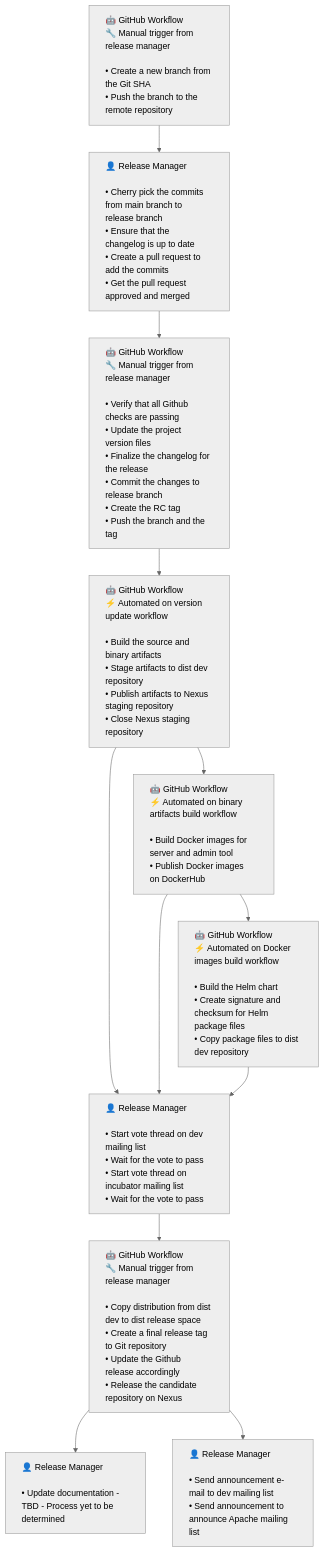
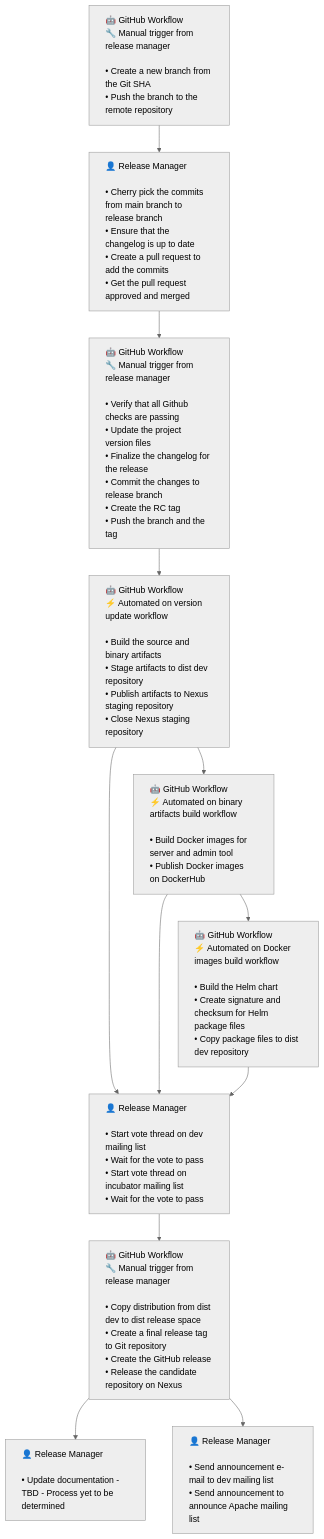
The diagram in releasey/release-process-flowchart.mmd (apache/polaris), drawn with Mermaid (neutral theme) before and after one commit. The commit also changed 3 other files, not shown here.

Commit message:
Only create the Github release after the vote passes

```diff
--- a/releasey/release-process-flowchart.mmd
+++ b/releasey/release-process-flowchart.mmd
@@ -1,29 +1,29 @@
 flowchart TD
     B["🤖 GitHub Workflow<br/>🔧 Manual trigger from release manager<br/><br/>• Create a new branch from the Git SHA<br/>• Push the branch to the remote repository"]
 
     B --> C["👤 Release Manager<br/><br/>• Cherry pick the commits from main branch to release branch<br/>• Ensure that the changelog is up to date<br/>• Create a pull request to add the commits<br/>• Get the pull request approved and merged"]
 
     C --> D["🤖 GitHub Workflow<br/>🔧 Manual trigger from release manager<br/><br/>• Verify that all Github checks are passing<br/>• Update the project version files<br/>• Finalize the changelog for the release<br/>• Commit the changes to release branch<br/>• Create the RC tag<br/>• Push the branch and the tag"]
 
     D --> E["🤖 GitHub Workflow<br/>⚡ Automated on version update workflow<br/><br/>• Build the source and binary artifacts<br/>• Stage artifacts to dist dev repository<br/>• Publish artifacts to Nexus staging repository<br/>• Close Nexus staging repository"]
 
     E --> F["🤖 GitHub Workflow<br/>⚡ Automated on binary artifacts build workflow<br/><br/>• Build Docker images for server and admin tool<br/>• Publish Docker images on DockerHub"]
 
     F --> G["🤖 GitHub Workflow<br/>⚡ Automated on Docker images build workflow<br/><br/>• Build the Helm chart<br/>• Create signature and checksum for Helm package files<br/>• Copy package files to dist dev repository"]
 
     E --> H["👤 Release Manager<br/><br/>• Start vote thread on dev mailing list<br/>• Wait for the vote to pass<br/>• Start vote thread on incubator mailing list<br/>• Wait for the vote to pass"]
 
     F --> H
     G --> H
 
-    H --> I["🤖 GitHub Workflow<br/>🔧 Manual trigger from release manager<br/><br/>• Copy distribution from dist dev to dist release space<br/>• Create a final release tag to Git repository<br/>• Update the Github release accordingly<br/>• Release the candidate repository on Nexus"]
+    H --> I["🤖 GitHub Workflow<br/>🔧 Manual trigger from release manager<br/><br/>• Copy distribution from dist dev to dist release space<br/>• Create a final release tag to Git repository<br/>• Create the GitHub release<br/>• Release the candidate repository on Nexus"]
 
     I --> J["👤 Release Manager<br/><br/>• Update documentation - TBD - Process yet to be determined"]
 
     I --> K["👤 Release Manager<br/><br/>• Send announcement e-mail to dev mailing list<br/>• Send announcement to announce Apache mailing list"]
 
     %% Class definition for left-aligned text
     classDef leftAlign text-align:left;
 
     %% Apply left-align class to all nodes
     class A,B,C,D,E,F,G,H,I,J,K leftAlign;
```
